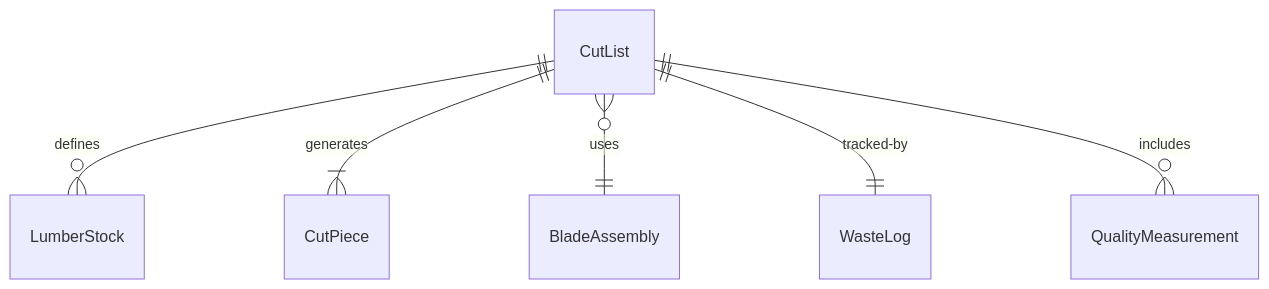
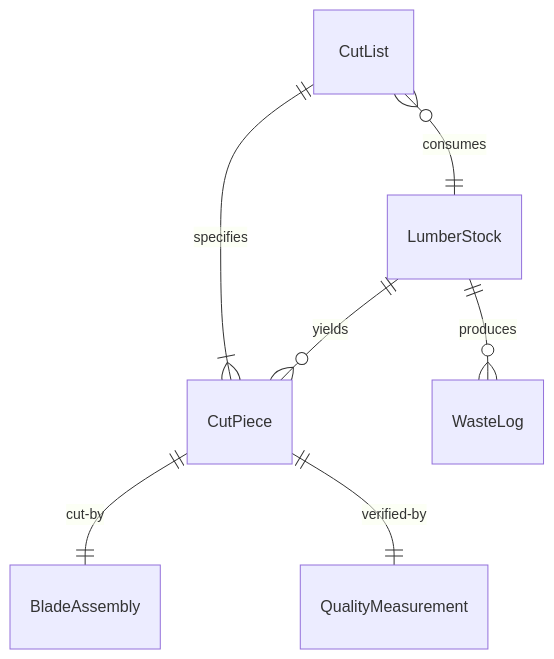
One commit to dot-org-ai/tasks.org.ai changed the first of 4 diagrams in HandlingAndMovingObjects/CutMaterials/CutWoodComponentsInstallation.mdx. Above: the diagram before and after it, drawn with Mermaid. The commit also changed other lines of this file and 515 other files, not shown here.

````diff
--- a/HandlingAndMovingObjects/CutMaterials/CutWoodComponentsInstallation.mdx
+++ b/HandlingAndMovingObjects/CutMaterials/CutWoodComponentsInstallation.mdx
@@ -87,8 +87,9 @@
 ```mermaid
 erDiagram
-    CutList ||--o{ LumberStock : "defines"
-    CutList ||--|{ CutPiece : "generates"
-    CutList }o--|| BladeAssembly : "uses"
-    CutList ||--|| WasteLog : "tracked-by"
-    CutList ||--o{ QualityMeasurement : "includes"
+    CutList ||--|{ CutPiece : "specifies"
+    LumberStock ||--o{ CutPiece : "yields"
+    CutPiece ||--|| BladeAssembly : "cut-by"
+    CutPiece ||--|| QualityMeasurement : "verified-by"
+    LumberStock ||--o{ WasteLog : "produces"
+    CutList }o--|| LumberStock : "consumes"
 ```
````
